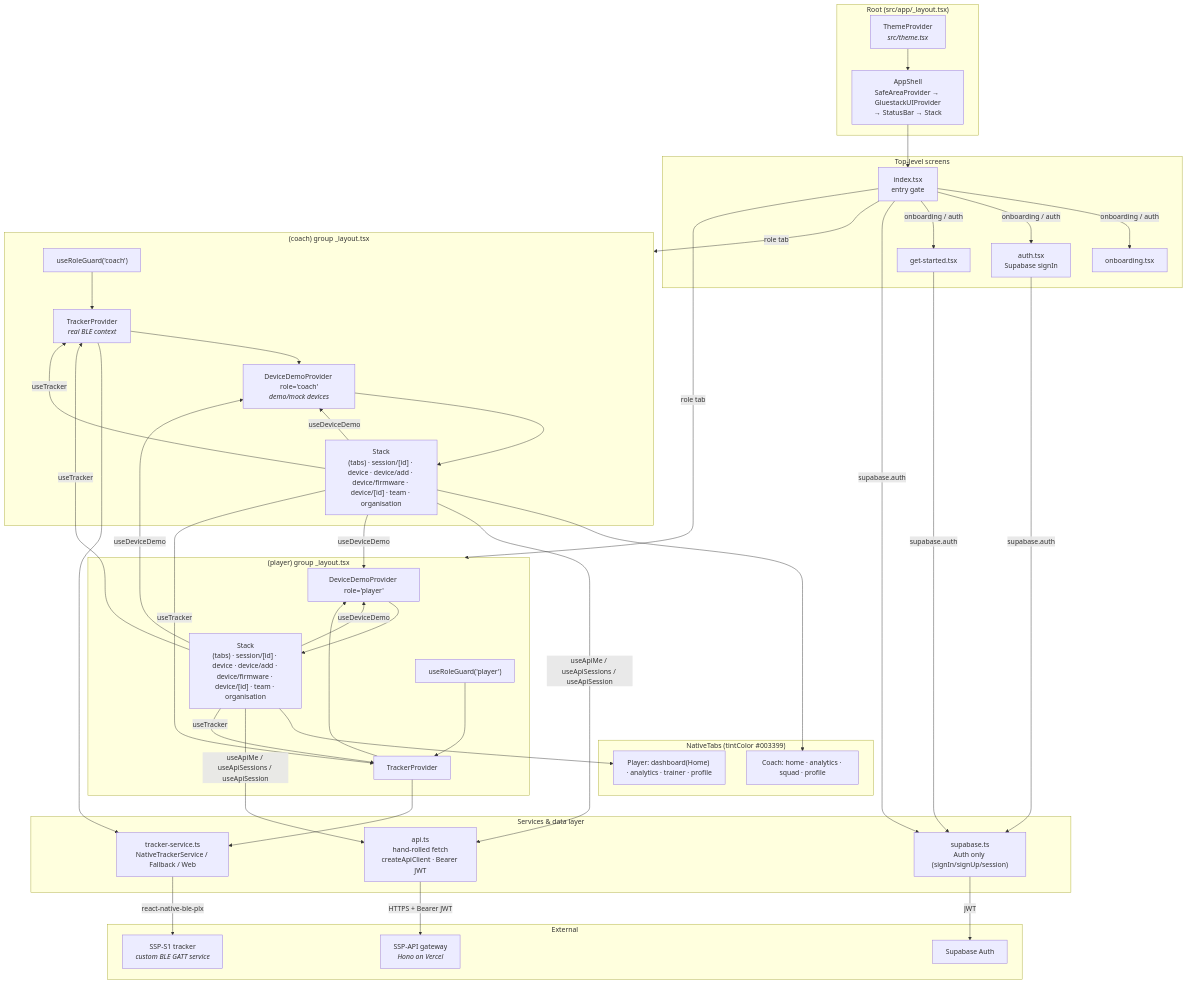
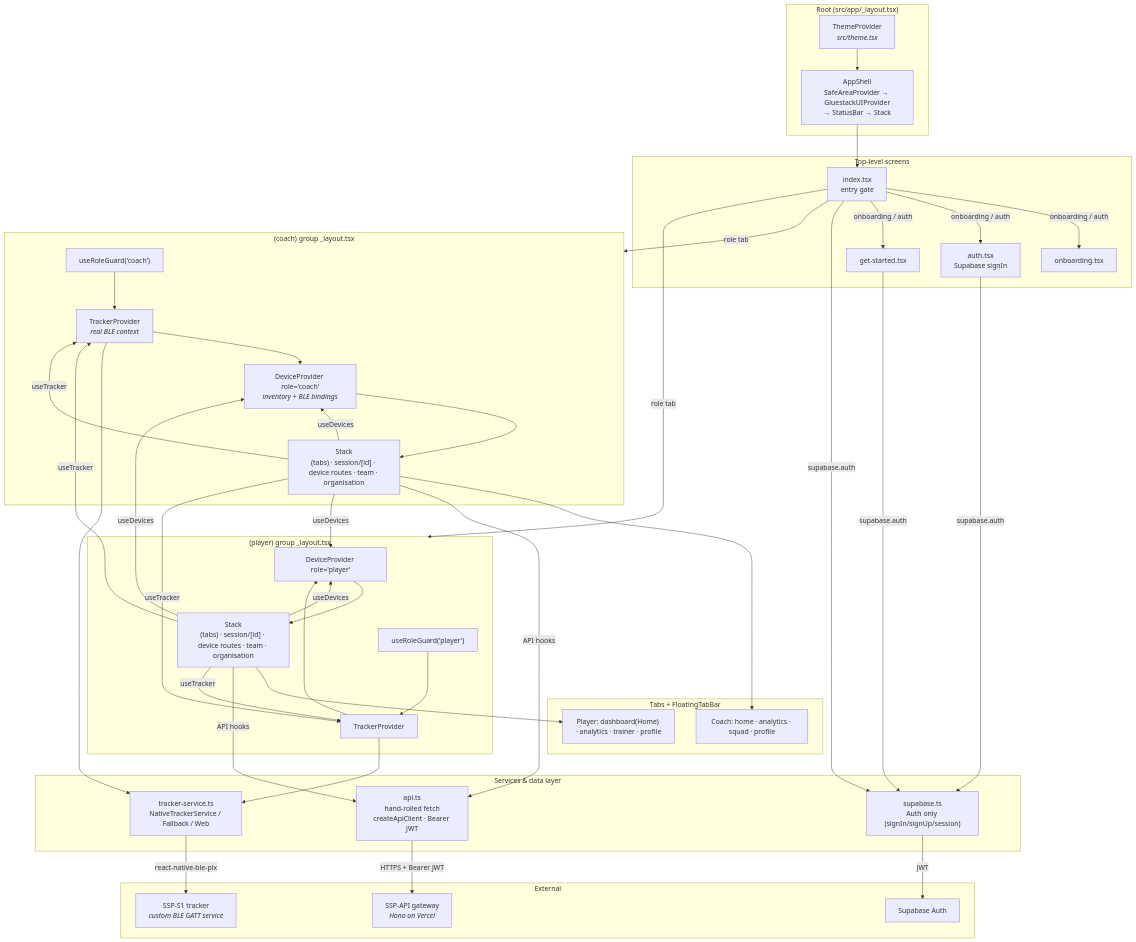
The third of 3 diagrams in docs/projects/mobile-app/architecture.md (IzandlaSystem/SSP-Documentation), drawn with Mermaid before and after one commit. The commit also changed other lines of this file and 10 other files, not shown here.

````diff
--- a/docs/projects/mobile-app/architecture.md
+++ b/docs/projects/mobile-app/architecture.md
@@ -251,62 +257,62 @@
 ```mermaid
 flowchart TB
     subgraph Root["Root (src/app/_layout.tsx)"]
         Theme["ThemeProvider<br/><i>src/theme.tsx</i>"]
         AppShell["AppShell<br/>SafeAreaProvider → GluestackUIProvider<br/>→ StatusBar → Stack"]
         Theme --> AppShell
     end
 
     subgraph Entry["Top-level screens"]
         Index["index.tsx<br/>entry gate"]
         Auth["auth.tsx<br/>Supabase signIn"]
         Onb["onboarding.tsx"]
         GS["get-started.tsx"]
     end
 
     subgraph CoachGroup["(coach) group _layout.tsx"]
         GuardC["useRoleGuard('coach')"]
         TrackC["TrackerProvider<br/><i>real BLE context</i>"]
-        DemoC["DeviceDemoProvider role='coach'<br/><i>demo/mock devices</i>"]
-        CoachStack["Stack<br/>(tabs) · session/[id] · device · device/add · device/firmware · device/[id] · team · organisation"]
-        GuardC --> TrackC --> DemoC --> CoachStack
+        DeviceC["DeviceProvider role='coach'<br/><i>inventory + BLE bindings</i>"]
+        CoachStack["Stack<br/>(tabs) · session/[id] · device routes · team · organisation"]
+        GuardC --> TrackC --> DeviceC --> CoachStack
     end
 
     subgraph PlayerGroup["(player) group _layout.tsx"]
         GuardP["useRoleGuard('player')"]
         TrackP["TrackerProvider"]
-        DemoP["DeviceDemoProvider role='player'"]
-        PlayerStack["Stack<br/>(tabs) · session/[id] · device · device/add · device/firmware · device/[id] · team · organisation"]
-        GuardP --> TrackP --> DemoP --> PlayerStack
+        DeviceP["DeviceProvider role='player'"]
+        PlayerStack["Stack<br/>(tabs) · session/[id] · device routes · team · organisation"]
+        GuardP --> TrackP --> DeviceP --> PlayerStack
     end
 
-    subgraph Tabs["NativeTabs (tintColor #003399)"]
+    subgraph Tabs["Tabs + FloatingTabBar"]
         CoachTabs["Coach: home · analytics · squad · profile"]
         PlayerTabs["Player: dashboard(Home) · analytics · trainer · profile"]
     end
 
     subgraph Services["Services & data layer"]
         Api["api.ts<br/>hand-rolled fetch<br/>createApiClient · Bearer JWT"]
         Supabase["supabase.ts<br/>Auth only (signIn/signUp/session)"]
         TrackerSvc["tracker-service.ts<br/>NativeTrackerService / Fallback / Web"]
     end
 
     subgraph External["External"]
         Gateway["SSP-API gateway<br/><i>Hono on Vercel</i>"]
         SupabaseCloud["Supabase Auth"]
         S1["SSP-S1 tracker<br/><i>custom BLE GATT service</i>"]
     end
 
     AppShell --> Index
     Index -- "onboarding / auth" --> Onb & Auth & GS
     Index -- "role tab" --> CoachGroup & PlayerGroup
     CoachStack --> CoachTabs
     PlayerStack --> PlayerTabs
-    CoachStack & PlayerStack -- "useApiMe / useApiSessions / useApiSession" --> Api
-    CoachStack & PlayerStack -- "useDeviceDemo" --> DemoC & DemoP
+    CoachStack & PlayerStack -- "API hooks" --> Api
+    CoachStack & PlayerStack -- "useDevices" --> DeviceC & DeviceP
     CoachStack & PlayerStack -- "useTracker" --> TrackC & TrackP
     Auth & Index & GS -- "supabase.auth" --> Supabase
     TrackC & TrackP --> TrackerSvc
     Api -- "HTTPS + Bearer JWT" --> Gateway
     Supabase -- "JWT" --> SupabaseCloud
     TrackerSvc -- "react-native-ble-plx" --> S1
 ```
````
